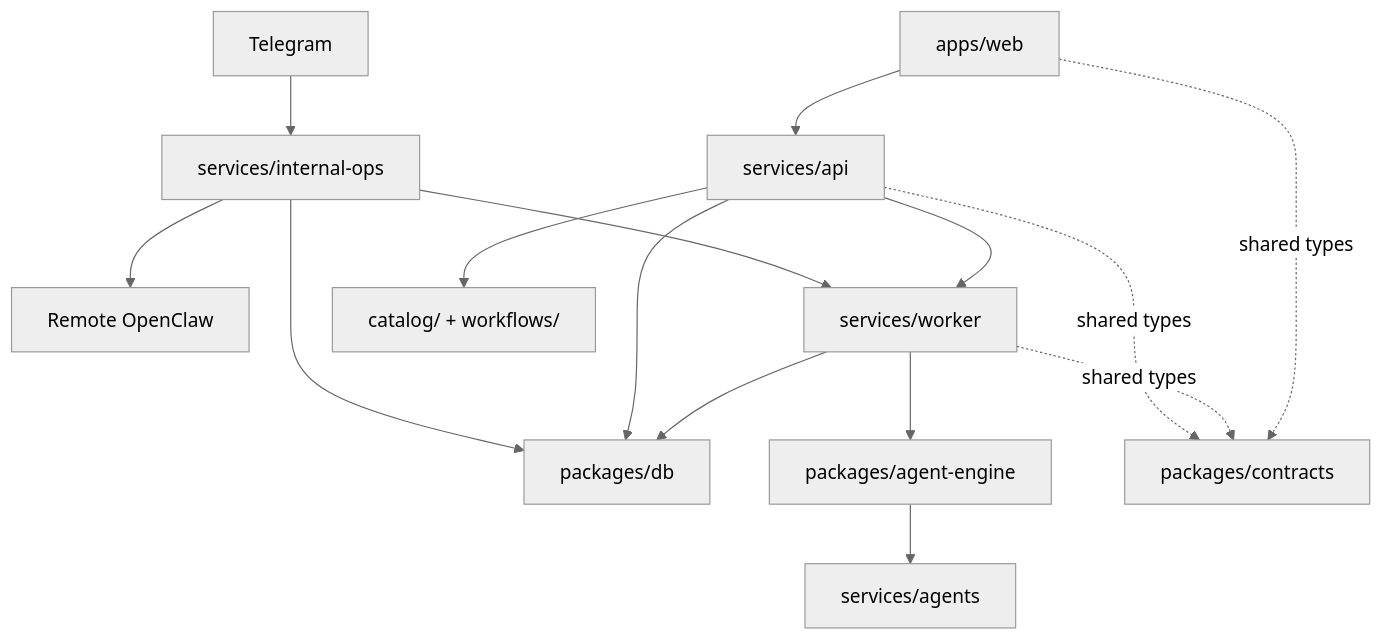
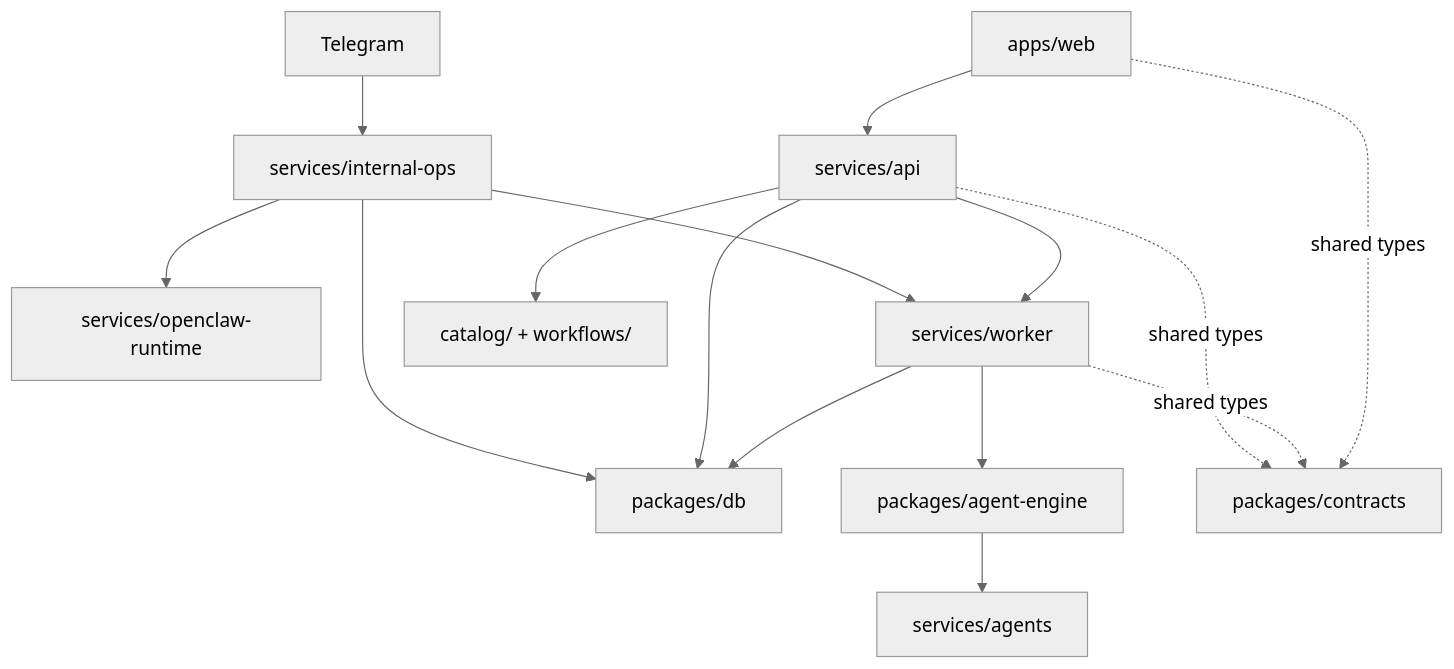
The diagram in docs/architecture/overview.md (agentmou/agentmou-platform), drawn with Mermaid (neutral theme) before and after one commit. The commit also changed other lines of this file and 32 other files, not shown here.

First line of the commit message:
feat(monorepo): add deployable openclaw runtime

````diff
--- a/docs/architecture/overview.md
+++ b/docs/architecture/overview.md
@@ -22,17 +22,17 @@
 ```mermaid
 flowchart TD
   Web["apps/web"] --> API["services/api"]
   Telegram["Telegram"] --> InternalOps["services/internal-ops"]
-  InternalOps --> OpenClaw["Remote OpenClaw"]
+  InternalOps --> OpenClaw["services/openclaw-runtime"]
   InternalOps --> Worker["services/worker"]
   InternalOps --> DB["packages/db"]
   API --> Worker["services/worker"]
   Worker --> Engine["packages/agent-engine"]
   Engine --> Agents["services/agents"]
   API --> DB["packages/db"]
   Worker --> DB
   API --> Catalog["catalog/ + workflows/"]
   API -. shared types .-> Contracts["packages/contracts"]
   Worker -. shared types .-> Contracts
   Web -. shared types .-> Contracts
 ```
````
